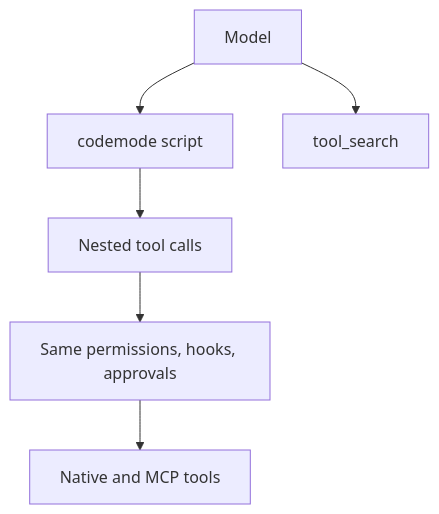
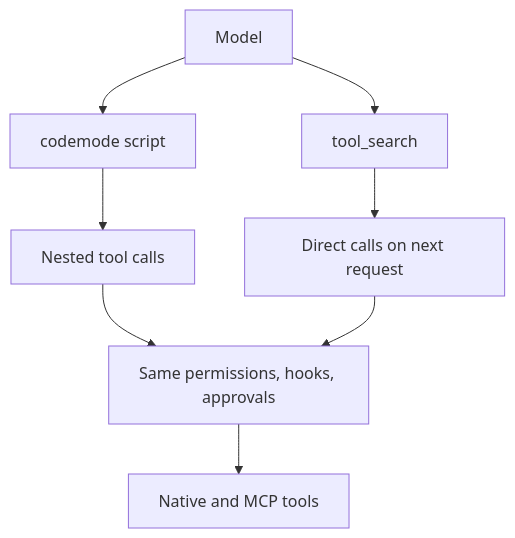
The diagram in docs/tools-workspace/codemode.md (matthewyjiang/rho), drawn with Mermaid before and after one commit. The commit also changed other lines of this file and 14 other files, not shown here.

Commit message:
fix(tools): load searched tools for direct calls

````diff
--- a/docs/tools-workspace/codemode.md
+++ b/docs/tools-workspace/codemode.md
@@ -15,8 +15,10 @@
 ```mermaid
 flowchart TD
     Model[Model] --> Codemode[codemode script]
     Model --> Search[tool_search]
     Codemode --> Nested[Nested tool calls]
+    Search --> Direct[Direct calls on next request]
     Nested --> Policy[Same permissions, hooks, approvals]
+    Direct --> Policy
     Policy --> Tools[Native and MCP tools]
 ```
````
